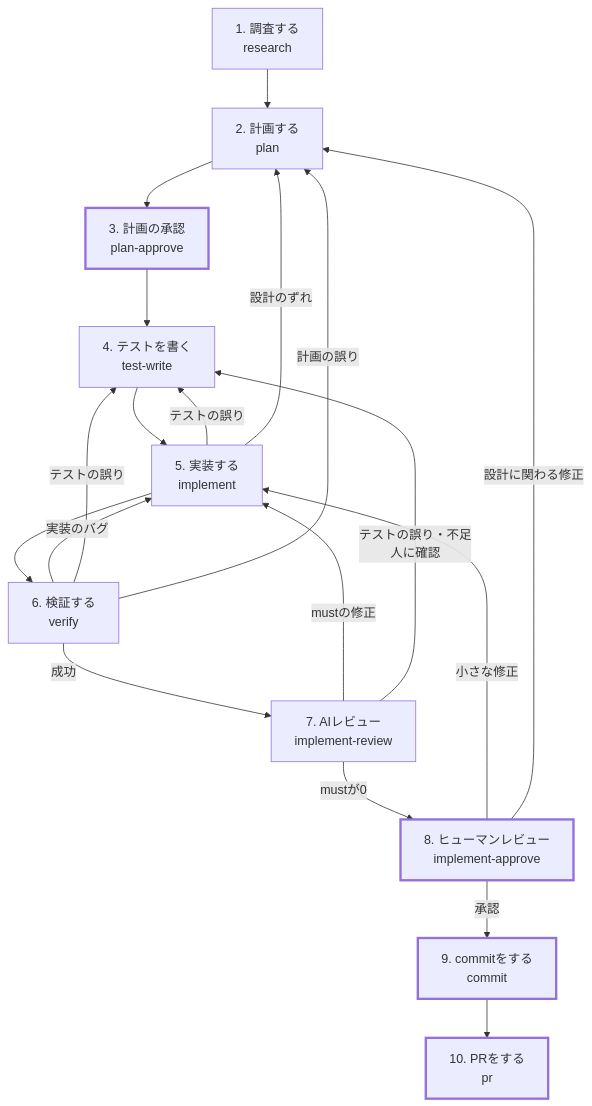
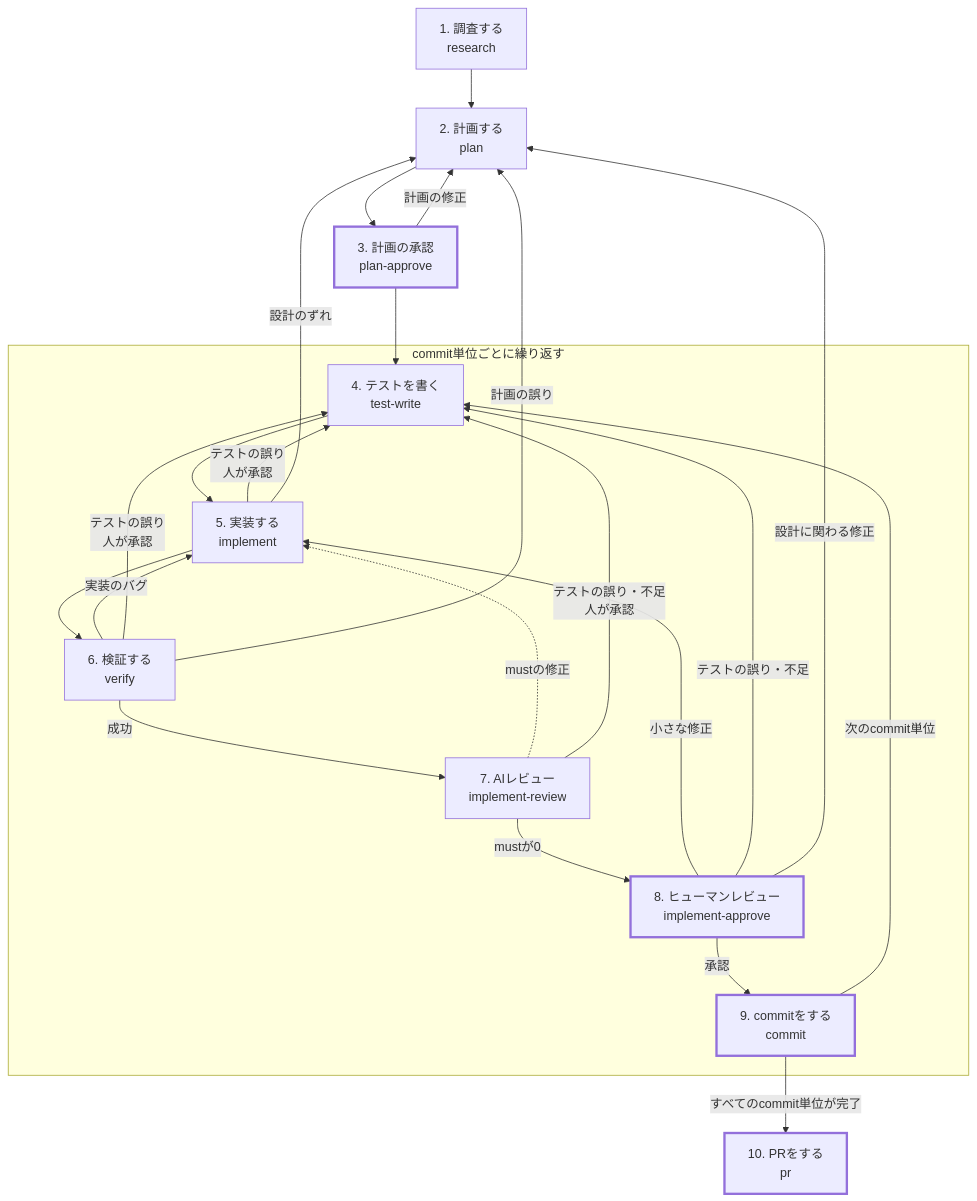
The diagram in README.md (myuron/agent-workflow), drawn with Mermaid before and after one commit. The commit also changed other lines of this file, not shown here.

Commit message:
docs: review and commit per commit unit in the issue workflow

````diff
--- a/README.md
+++ b/README.md
@@ -52,24 +53,31 @@
 ```mermaid
 flowchart TD
     research["1. 調査する<br/>research"] --> plan["2. 計画する<br/>plan"]
     plan --> plan_approve["3. 計画の承認<br/>plan-approve"]
-    plan_approve --> test["4. テストを書く<br/>test-write"]
-    test --> implement["5. 実装する<br/>implement"]
-    implement --> verify["6. 検証する<br/>verify"]
-    implement -->|テストの誤り| test
+    plan_approve --> test
+    plan_approve -->|計画の修正| plan
+
+    subgraph unit["commit単位ごとに繰り返す"]
+        test["4. テストを書く<br/>test-write"] --> implement["5. 実装する<br/>implement"]
+        implement --> verify["6. 検証する<br/>verify"]
+        implement -->|テストの誤り<br/>人が承認| test
+        verify -->|成功| ai_review["7. AIレビュー<br/>implement-review"]
+        verify -->|実装のバグ| implement
+        verify -->|テストの誤り<br/>人が承認| test
+        ai_review -.->|mustの修正| implement
+        ai_review -->|テストの誤り・不足<br/>人が承認| test
+        ai_review -->|mustが0| human_review["8. ヒューマンレビュー<br/>implement-approve"]
+        human_review -->|小さな修正| implement
+        human_review -->|テストの誤り・不足| test
+        human_review -->|承認| commit["9. commitをする<br/>commit"]
+        commit -->|次のcommit単位| test
+    end
+
     implement -->|設計のずれ| plan
-    verify -->|成功| ai_review["7. AIレビュー<br/>implement-review"]
-    verify -->|実装のバグ| implement
-    verify -->|テストの誤り| test
     verify -->|計画の誤り| plan
-    ai_review -->|mustの修正| implement
-    ai_review -->|テストの誤り・不足<br/>人に確認| test
-    ai_review -->|mustが0| human_review["8. ヒューマンレビュー<br/>implement-approve"]
-    human_review -->|小さな修正| implement
     human_review -->|設計に関わる修正| plan
-    human_review -->|承認| commit["9. commitをする<br/>commit"]
-    commit --> pr["10. PRをする<br/>pr"]
+    commit -->|すべてのcommit単位が完了| pr["10. PRをする<br/>pr"]
 
     classDef human stroke-width:3px
     class plan_approve,human_review,commit,pr human
 ```
````
